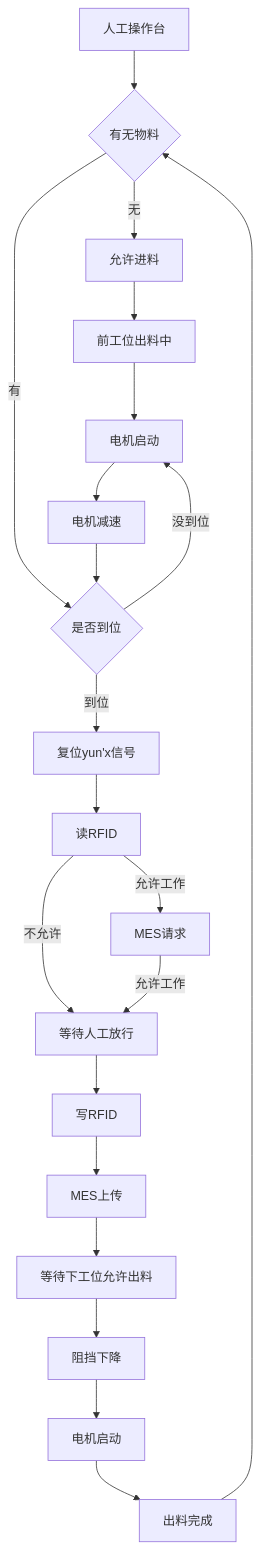
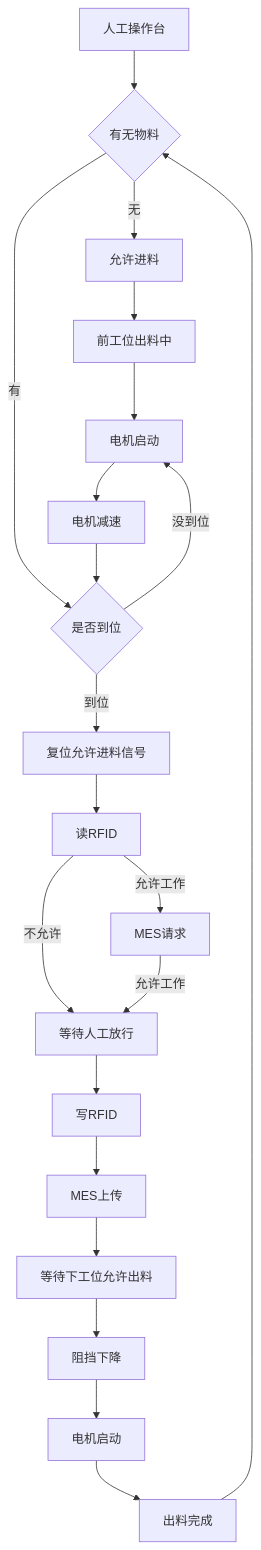
Before and after one commit to PengKun1/iodraw-files: the diagram in all/未命名-4.md, drawn with Mermaid.

Commit message:
2024-12-20 15:01:41 update

````diff
--- a/all/未命名-4.md
+++ b/all/未命名-4.md
@@ -1,24 +1,24 @@
 ```mermaid
 graph TD
 0[人工操作台]-->10
 10[阻挡伸出]
 10{有无物料}-->|无|20
 10-->|有|60
 20[允许进料]-->30
 30[前工位出料中]-->40
 40[电机启动]-->50
 50[电机减速]-->60
 60{是否到位}-->|到位|70
 60-->|没到位|40
-70[复位yun'x信号]-->80
+70[复位允许进料信号]-->80
 80[读RFID]-->|允许工作|90
 80-->|不允许|120
 90[MES请求]-->|允许工作|120
 120[等待人工放行]-->130
 130[写RFID]-->140
 140[MES上传]-->150
 150[等待下工位允许出料]-->160
 160[阻挡下降]-->170
 170[电机启动]-->180
 180[出料完成]-->10
 ```
````
